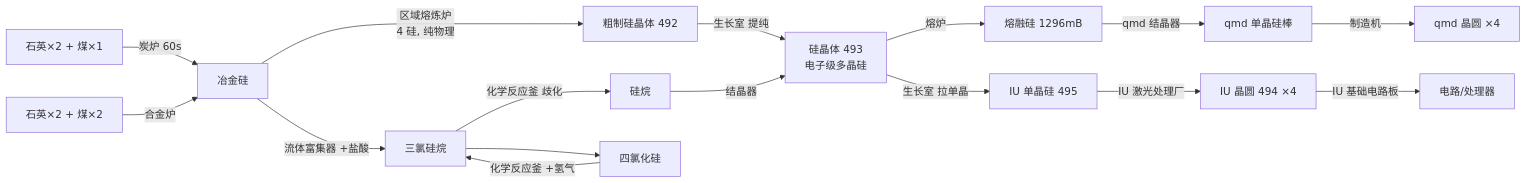
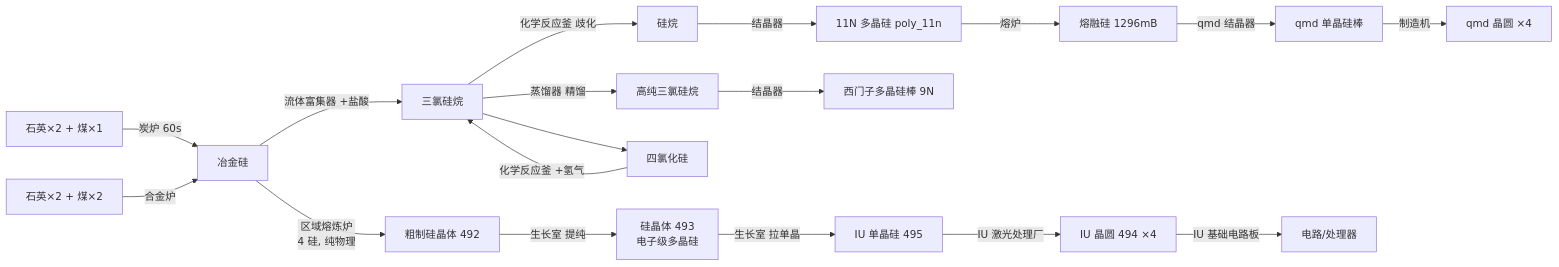
The diagram in kubejs/docs/SILICON_WAFER_LINE.md (1376127612/Sink-Journey), drawn with Mermaid before and after one commit. The commit also changed other lines of this file and 3 other files, not shown here.

````diff
--- a/kubejs/docs/SILICON_WAFER_LINE.md
+++ b/kubejs/docs/SILICON_WAFER_LINE.md
@@ -17,18 +21,20 @@
 ```mermaid
 graph LR
     A[石英×2 + 煤×1] -->|炭炉 60s| B[冶金硅]
     A2[石英×2 + 煤×2] -->|合金炉| B
     B -->|区域熔炼炉<br/>4 硅, 纯物理| P[粗制硅晶体 492]
     P -->|生长室 提纯| Q[硅晶体 493<br/>电子级多晶硅]
     B -->|流体富集器 +盐酸| C[三氯硅烷]
     C -->|化学反应釜 歧化| D[硅烷]
     C --> E[四氯化硅]
     E -->|化学反应釜 +氢气| C
-    D -->|结晶器| Q
-    Q -->|熔炉| H[熔融硅 1296mB]
+    D -->|结晶器| Q2[11N 多晶硅 poly_11n]
+    C -->|蒸馏器 精馏| C2[高纯三氯硅烷]
+    C2 -->|结晶器| S2[西门子多晶硅棒 9N]
+    Q2 -->|熔炉| H[熔融硅 1296mB]
     H -->|qmd 结晶器| I[qmd 单晶硅棒]
     I -->|制造机| J[qmd 晶圆 ×4]
     Q -->|生长室 拉单晶| K[IU 单晶硅 495]
     K -->|IU 激光处理厂| L[IU 晶圆 494 ×4]
     L -->|IU 基础电路板| M[电路/处理器]
 ```
````
